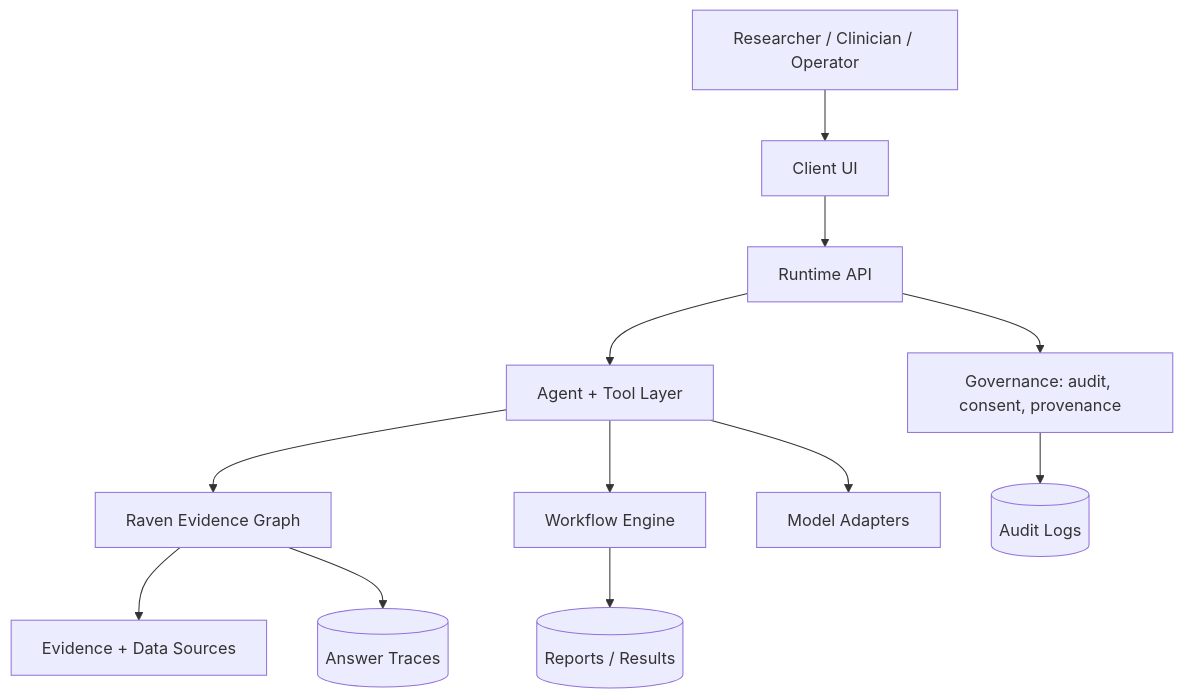
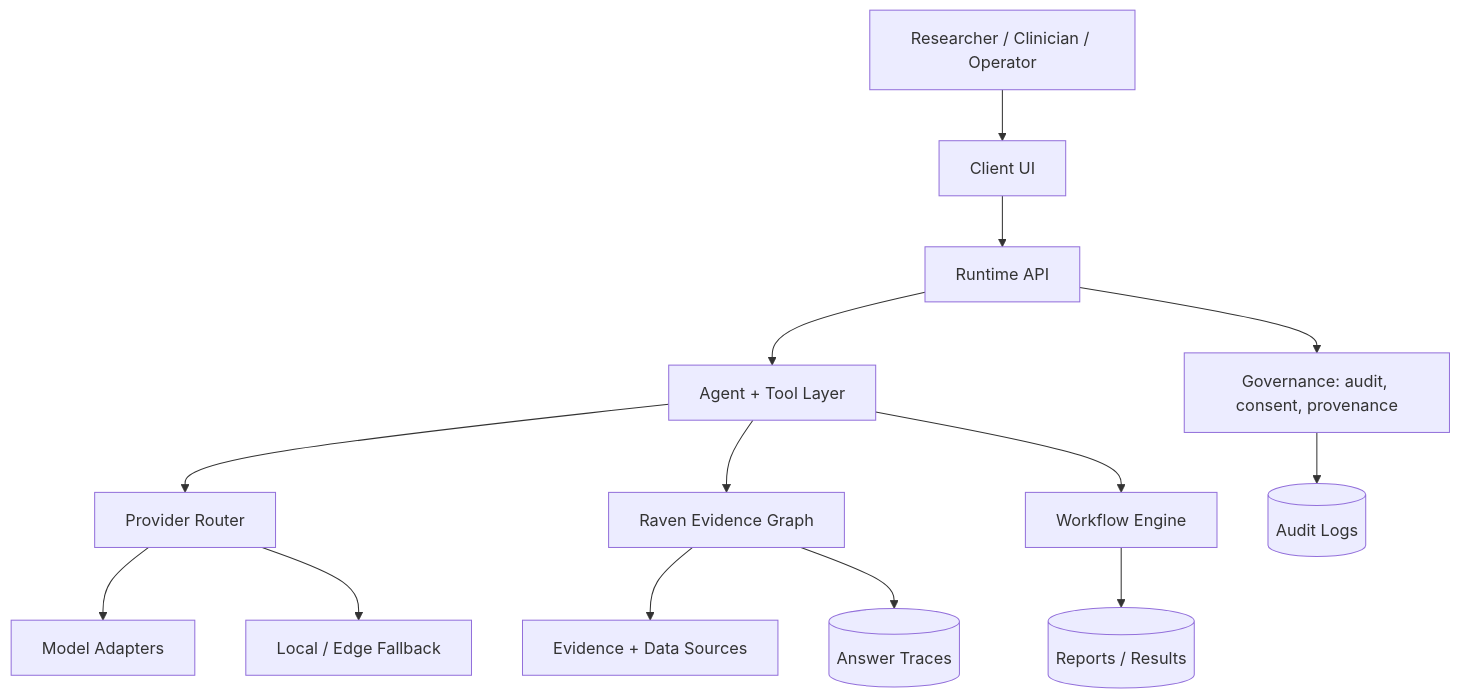
One commit to simpliibarrii-crypto/raven-ai changed the diagram in docs/ARCHITECTURE.md. Above: the diagram before and after it, drawn with Mermaid. The commit also changed other lines of this file, not shown here.

Commit message:
Add provider routing to architecture

````diff
--- a/docs/ARCHITECTURE.md
+++ b/docs/ARCHITECTURE.md
@@ -23,14 +24,16 @@
 ```mermaid
 flowchart TB
   User[Researcher / Clinician / Operator] --> UI[Client UI]
   UI --> API[Runtime API]
   API --> Agents[Agent + Tool Layer]
+  Agents --> Router[Provider Router]
+  Router --> Models[Model Adapters]
+  Router --> Local[Local / Edge Fallback]
   Agents --> Graph[Raven Evidence Graph]
   Agents --> Workflows[Workflow Engine]
-  Agents --> Models[Model Adapters]
   Graph --> Sources[Evidence + Data Sources]
   Graph --> Traces[(Answer Traces)]
   API --> Governance[Governance: audit, consent, provenance]
   Governance --> Logs[(Audit Logs)]
   Workflows --> Artifacts[(Reports / Results)]
 ```
````
